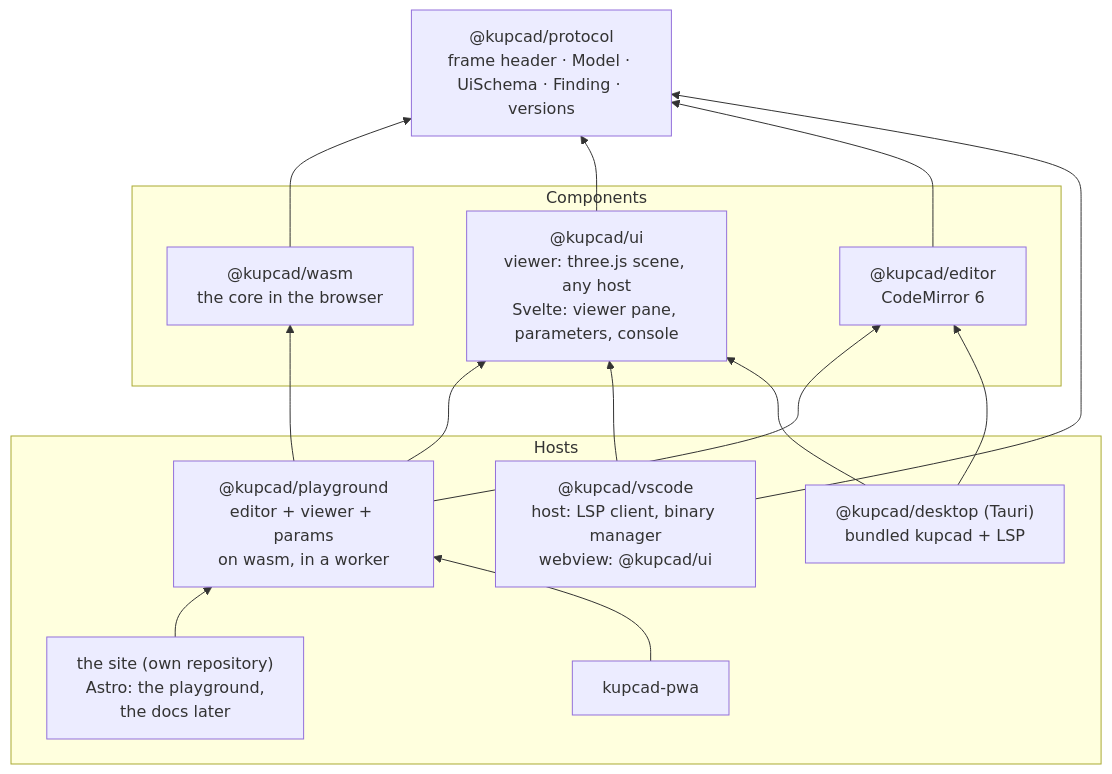
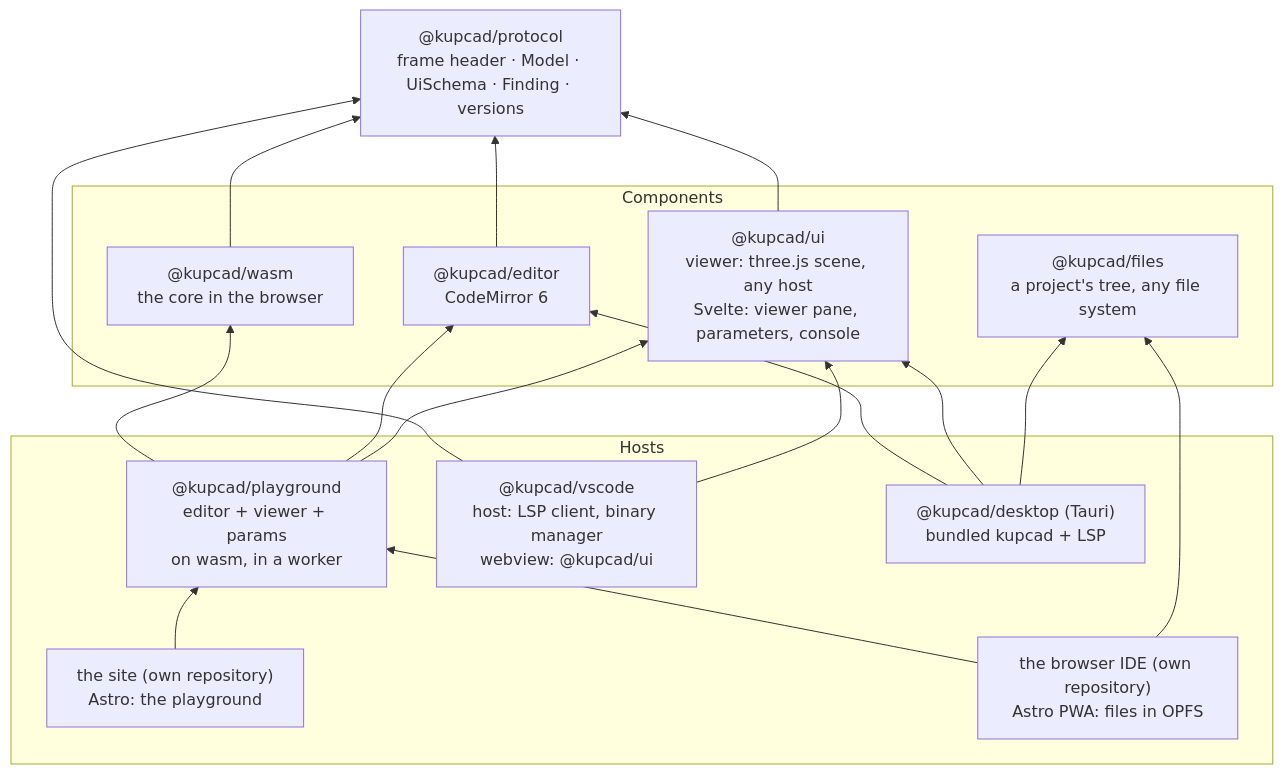
The diagram in packages/architecture.md (kupcad/kupcad), drawn with Mermaid before and after one commit. The commit also changed other lines of this file and 35 other files, not shown here.

````diff
--- a/packages/architecture.md
+++ b/packages/architecture.md
@@ -11,31 +11,34 @@
 ```mermaid
 flowchart BT
     protocol["@kupcad/protocol<br/>frame header · Model · UiSchema · Finding · versions"]
 
     subgraph components ["Components"]
         wasm["@kupcad/wasm<br/>the core in the browser"]
         ui["@kupcad/ui<br/>viewer: three.js scene, any host<br/>Svelte: viewer pane, parameters, console"]
         editor["@kupcad/editor<br/>CodeMirror 6"]
+        files["@kupcad/files<br/>a project's tree, any file system"]
     end
 
     subgraph hosts ["Hosts"]
         playground["@kupcad/playground<br/>editor + viewer + params<br/>on wasm, in a worker"]
         vscode["@kupcad/vscode<br/>host: LSP client, binary manager<br/>webview: @kupcad/ui"]
         desktop["@kupcad/desktop (Tauri)<br/>bundled kupcad + LSP"]
-        docs["the site (own repository)<br/>Astro: the playground,<br/>the docs later"]
-        pwa["kupcad-pwa"]
+        docs["the site (own repository)<br/>Astro: the playground"]
+        pwa["the browser IDE (own repository)<br/>Astro PWA: files in OPFS"]
     end
 
     wasm --> protocol
     ui --> protocol
     editor --> protocol
     playground --> wasm
     playground --> editor
     playground --> ui
     vscode --> protocol
     vscode --> ui
     desktop --> editor
     desktop --> ui
+    desktop --> files
     docs --> playground
     pwa --> playground
+    pwa --> files
 ```
````
